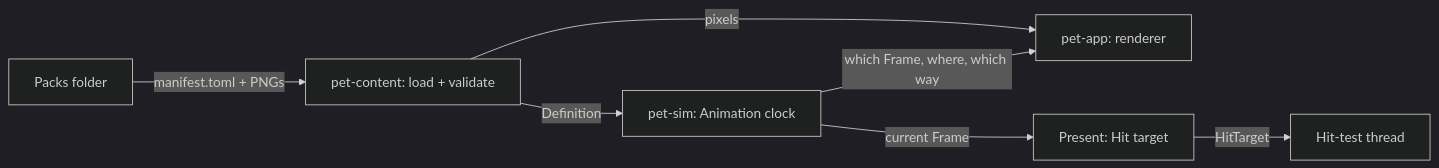
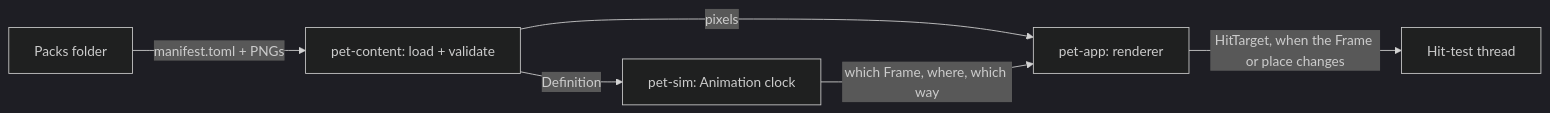
One commit to IFlynnI/Desktopet changed the second of 2 diagrams in docs/proposals/item-3-architecture.md. Above: the diagram before and after it, drawn with Mermaid (dark theme). The commit also changed other lines of this file and 29 other files, not shown here.

````diff
--- a/docs/proposals/item-3-architecture.md
+++ b/docs/proposals/item-3-architecture.md
@@ -49,9 +49,8 @@
 ```mermaid
 flowchart LR
     folder["Packs folder"] -- "manifest.toml + PNGs" --> loader["pet-content: load + validate"]
     loader -- "Definition" --> sim["pet-sim: Animation clock"]
     loader -- "pixels" --> renderer["pet-app: renderer"]
     sim -- "which Frame, where, which way" --> renderer
-    sim -- "current Frame" --> present["Present: Hit target"]
-    present -- "HitTarget" --> hit["Hit-test thread"]
+    renderer -- "HitTarget, when the Frame or place changes" --> hit["Hit-test thread"]
 ```
````
